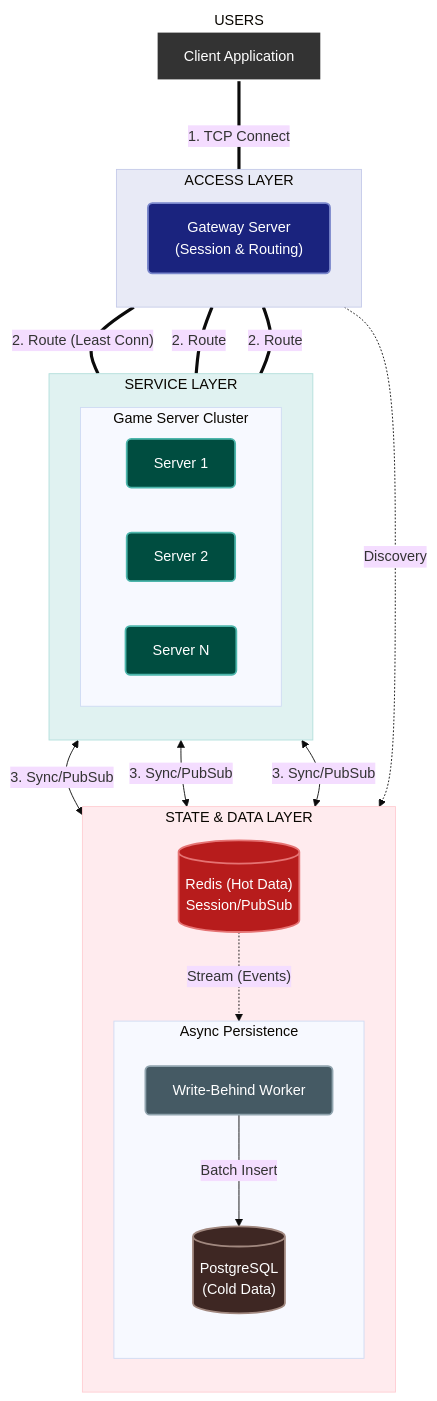
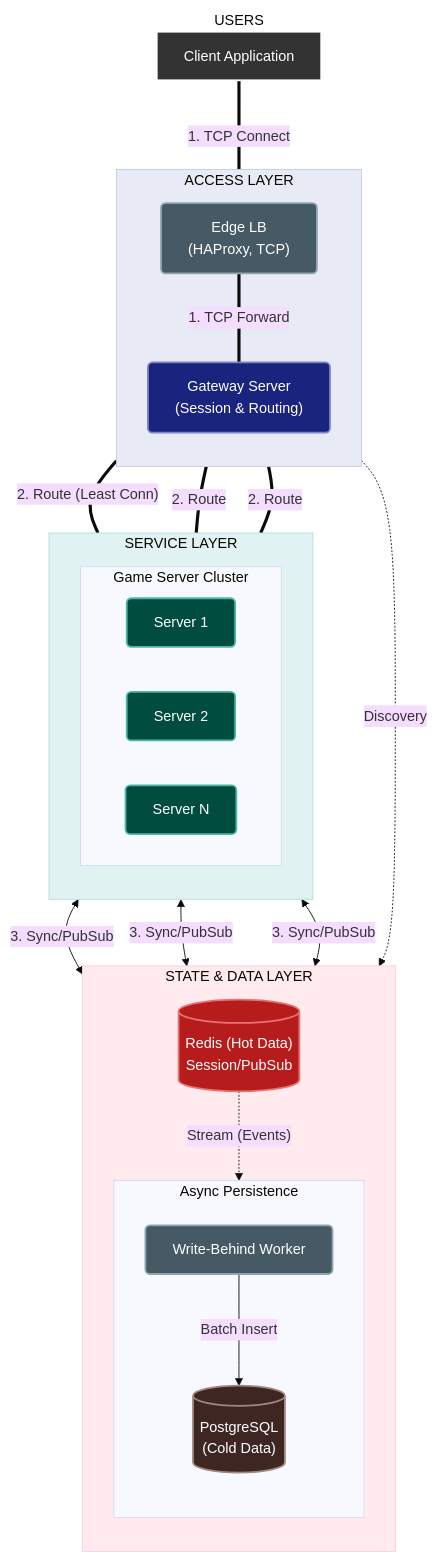
The diagram in README.md (Ayumudayo/Knights), drawn with Mermaid (base theme) before and after one commit. The commit also changed other lines of this file and 12 other files, not shown here.

First line of the commit message:
docs: align docs to HAProxy gateway entrypoint

````diff
--- a/README.md
+++ b/README.md
@@ -39,79 +43,81 @@
 ```mermaid
 flowchart TB
     %% ------------------------------
     %% Styles & Definitions
     %% ------------------------------
     classDef client fill:#333,stroke:#fff,stroke-width:2px,color:#fff
     classDef gateway fill:#1a237e,stroke:#7986cb,stroke-width:2px,color:#fff,rx:5
     classDef server fill:#004d40,stroke:#4db6ac,stroke-width:2px,color:#fff,rx:5
     classDef redis fill:#b71c1c,stroke:#e57373,stroke-width:2px,color:#fff,shape:cylinder
     classDef db fill:#3e2723,stroke:#a1887f,stroke-width:2px,color:#fff,shape:cylinder
     classDef component fill:#455a64,stroke:#90a4ae,stroke-width:2px,color:#fff,rx:5
     classDef network fill:#f5f5f5,stroke:#e0e0e0,stroke-width:2px,stroke-dasharray: 5 5,color:#616161
 
     %% ------------------------------
     %% Node Structure
     %% ------------------------------
     
     subgraph Clients ["USERS"]
         ClientApp["Client Application"]:::client
     end
 
     subgraph AccessLayer ["ACCESS LAYER"]
         direction TB
+        EdgeLB["Edge LB\n(HAProxy, TCP)"]:::component
         Gateway["Gateway Server\n(Session & Routing)"]:::gateway
     end
 
     subgraph ServiceLayer ["SERVICE LAYER"]
         direction TB
         subgraph Cluster ["Game Server Cluster"]
             direction LR
             S1["Server 1"]:::server
             S2["Server 2"]:::server
             Sn["Server N"]:::server
         end
     end
 
     subgraph StateLayer ["STATE & DATA LAYER"]
         direction TB
         RedisPrimary[("Redis (Hot Data)\nSession/PubSub")]:::redis
         
         subgraph Async ["Async Persistence"]
             direction TB
             WbWorker["Write-Behind Worker"]:::component
             Postgres[("PostgreSQL\n(Cold Data)")]:::db
         end
     end
 
     %% ------------------------------
     %% Data Flow
     %% ------------------------------
 
     %% 1. Connection
-    ClientApp ===|"1. TCP Connect"| Gateway
+    ClientApp ===|"1. TCP Connect"| EdgeLB
+    EdgeLB ===|"1. TCP Forward"| Gateway
 
     %% 2. Routing (Least Connections)
     Gateway ===|"2. Route (Least Conn)"| S1
     Gateway ===|"2. Route"| S2
     Gateway ===|"2. Route"| Sn
 
     %% 3. Synchronization (Pub/Sub & Heartbeat)
     S1 <-->|"3. Sync/PubSub"| RedisPrimary
     S2 <-->|"3. Sync/PubSub"| RedisPrimary
     Sn <-->|"3. Sync/PubSub"| RedisPrimary
 
     %% 4. Discovery
     Gateway -.->|"Discovery"| RedisPrimary
 
     %% 5. Persistence
     RedisPrimary -.->|"Stream (Events)"| WbWorker
     WbWorker -->|"Batch Insert"| Postgres
 
     %% ------------------------------
     %% Layout Hints
     %% ------------------------------
     style Clients fill:#fff,stroke:none
     style AccessLayer fill:#e8eaf6,stroke:#c5cae9
     style ServiceLayer fill:#e0f2f1,stroke:#b2dfdb
     style StateLayer fill:#ffebee,stroke:#ffcdd2
 ```
````
